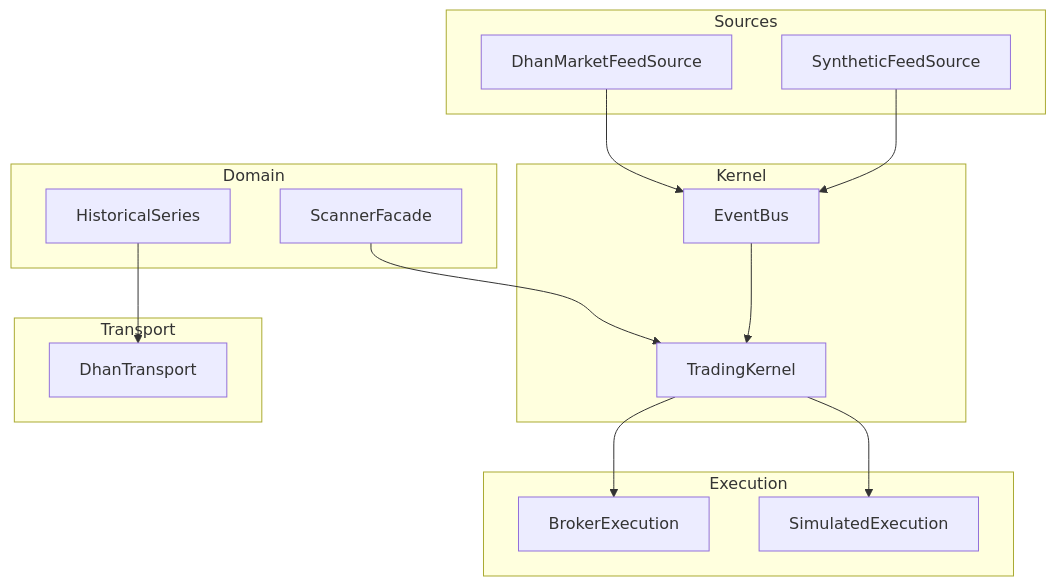
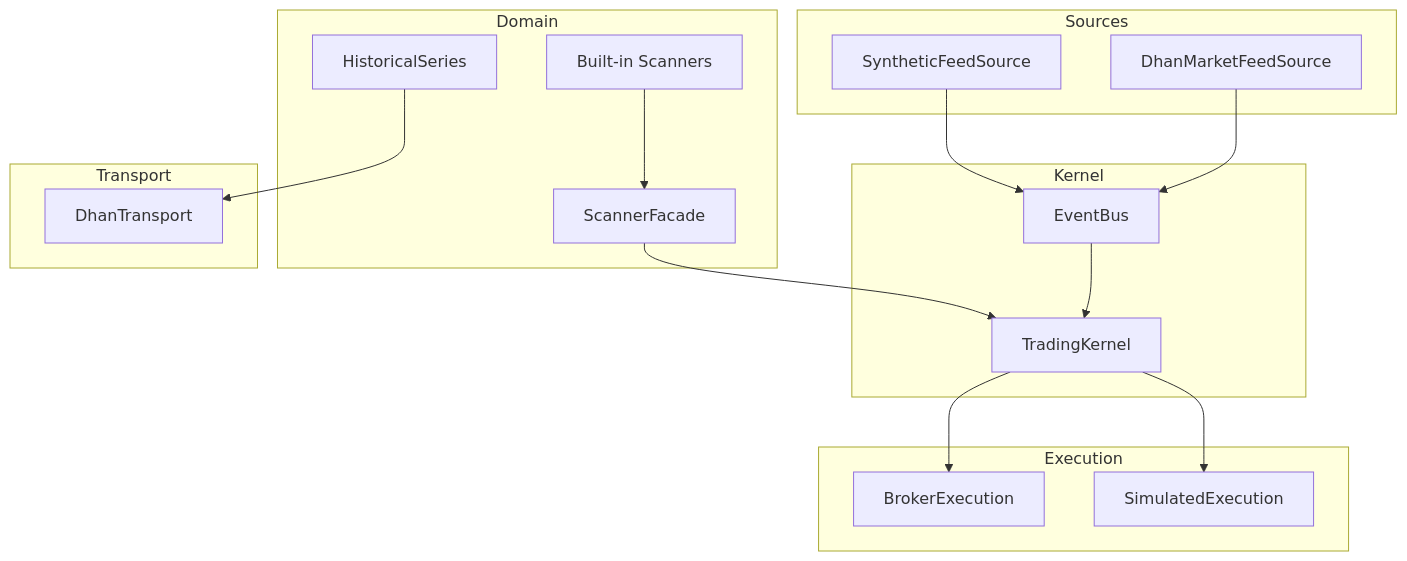
One commit to Ganesh-Kusundal/nTrade changed the first of 8 diagrams in .qoder/repowiki/en/content/Examples & Tutorials/Production Deployment Examples/Performance Optimization/Performance Optimization.md. Above: the diagram before and after it, drawn with Mermaid. The commit also changed other lines of this file and 203 other files, not shown here.

````diff
--- a/.qoder/repowiki/en/content/Examples & Tutorials/Production Deployment Examples/Performance Optimization/Performance Optimization.md
+++ b/.qoder/repowiki/en/content/Examples & Tutorials/Production Deployment Examples/Performance Optimization/Performance Optimization.md
@@ -42,29 +51,31 @@
 ```mermaid
 graph TB
 subgraph "Kernel"
 EB["EventBus"]
 TK["TradingKernel"]
 end
 subgraph "Sources"
 DF["DhanMarketFeedSource"]
 SF["SyntheticFeedSource"]
 end
 subgraph "Execution"
 BE["BrokerExecution"]
 SE["SimulatedExecution"]
 end
 subgraph "Domain"
 HS["HistoricalSeries"]
 SC["ScannerFacade"]
+SS["Built-in Scanners"]
 end
 subgraph "Transport"
 DT["DhanTransport"]
 end
 DF --> EB
 SF --> EB
 EB --> TK
 TK --> BE
 TK --> SE
 HS --> DT
 SC --> TK
+SS --> SC
 ```
````
